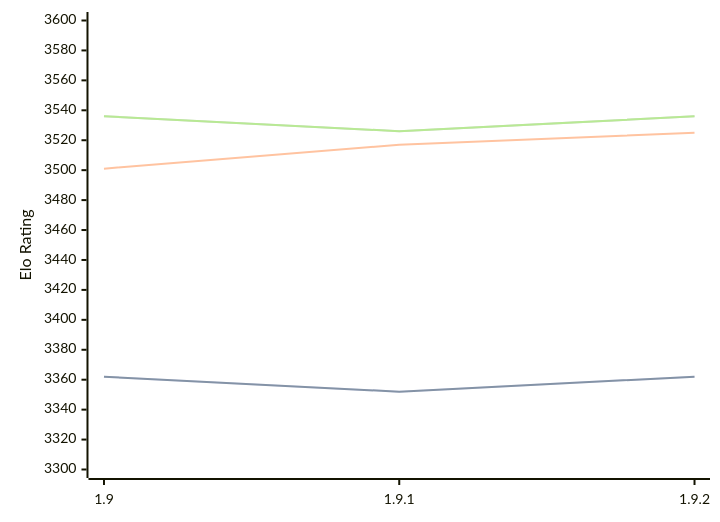
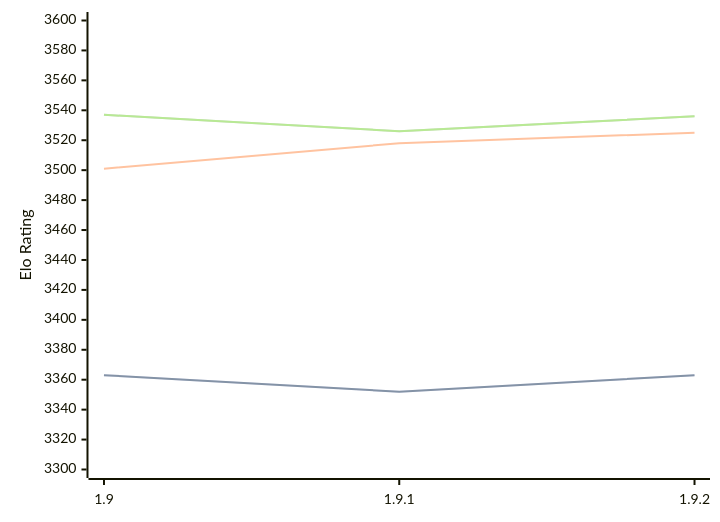
Before and after one commit to computer-chess-index/cci: the diagram in engines/Pawnocchio.md, drawn with Mermaid. The commit also changed other lines of this file, not shown here.

Commit message:
Update CCI Ratings (ELO VLTC) - 2026-05-22

````diff
--- a/engines/Pawnocchio.md
+++ b/engines/Pawnocchio.md
@@ -48,11 +48,11 @@
 ```mermaid
 %%{init: {"theme":"base","themeVariables":{"seriesColors:['#a3a3a3','#222221','#faa371']}}}%%
 xychart-beta
   x-axis ["1.9", "1.9.1", "1.9.2"]
   y-axis "Elo Rating" 3300 --> 3600
-  line "STC (8.0+0.08s)" [3362, 3352, 3362]
-  line "STC (8.0+0.08s)" [3362, 3352, 3362]
-  line "LTC (60.0+0.60s)" [3501, 3517, 3525]
-  line "VLTC (2m24s+1.12s)" [3536, 3526, 3536]
-  line "VLTC (2m24s+1.12s)" [3536, 3526, 3536]
+  line "STC (8.0+0.08s)" [3363, 3352, 3363]
+  line "STC (8.0+0.08s)" [3363, 3352, 3363]
+  line "LTC (60.0+0.60s)" [3501, 3518, 3525]
+  line "VLTC (2m24s+1.12s)" [3537, 3526, 3536]
+  line "VLTC (2m24s+1.12s)" [3537, 3526, 3536]
 ```
````
